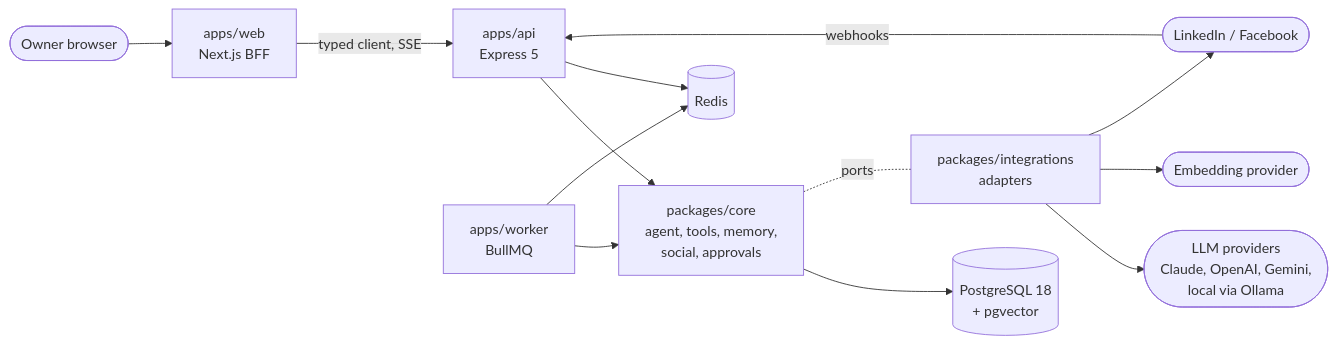
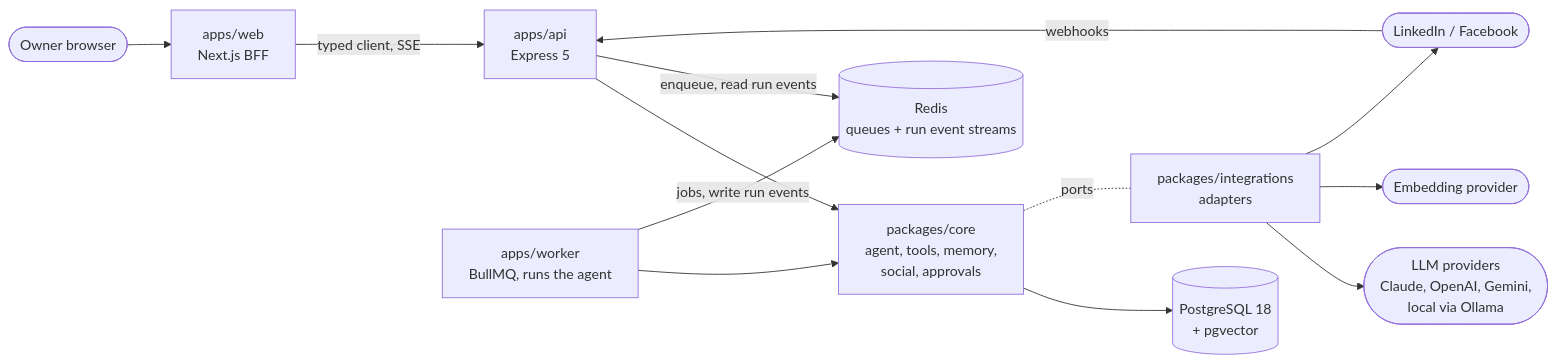
One commit to gmnhussain/khadim changed the diagram in docs/architecture/overview.md. Above: the diagram before and after it, drawn with Mermaid. The commit also changed other lines of this file and 10 other files, not shown here.

First line of the commit message:
docs(agent): run every agent run in the worker and resume it

````diff
--- a/docs/architecture/overview.md
+++ b/docs/architecture/overview.md
@@ -7,15 +7,15 @@
 ```mermaid
 flowchart LR
   owner([Owner browser]) --> web["apps/web<br/>Next.js BFF"]
   web -->|typed client, SSE| api["apps/api<br/>Express 5"]
   platforms([LinkedIn / Facebook]) -->|webhooks| api
   api --> core["packages/core<br/>agent, tools, memory,<br/>social, approvals"]
-  worker["apps/worker<br/>BullMQ"] --> core
+  worker["apps/worker<br/>BullMQ, runs the agent"] --> core
   core --> db[(PostgreSQL 18<br/>+ pgvector)]
-  api --> redis[(Redis)]
-  worker --> redis
+  api -->|enqueue, read run events| redis[(Redis<br/>queues + run event streams)]
+  worker -->|jobs, write run events| redis
   core -. ports .- integrations["packages/integrations<br/>adapters"]
   integrations --> llm([LLM providers<br/>Claude, OpenAI, Gemini,<br/>local via Ollama])
   integrations --> embed([Embedding provider])
   integrations --> platforms
 ```
````
